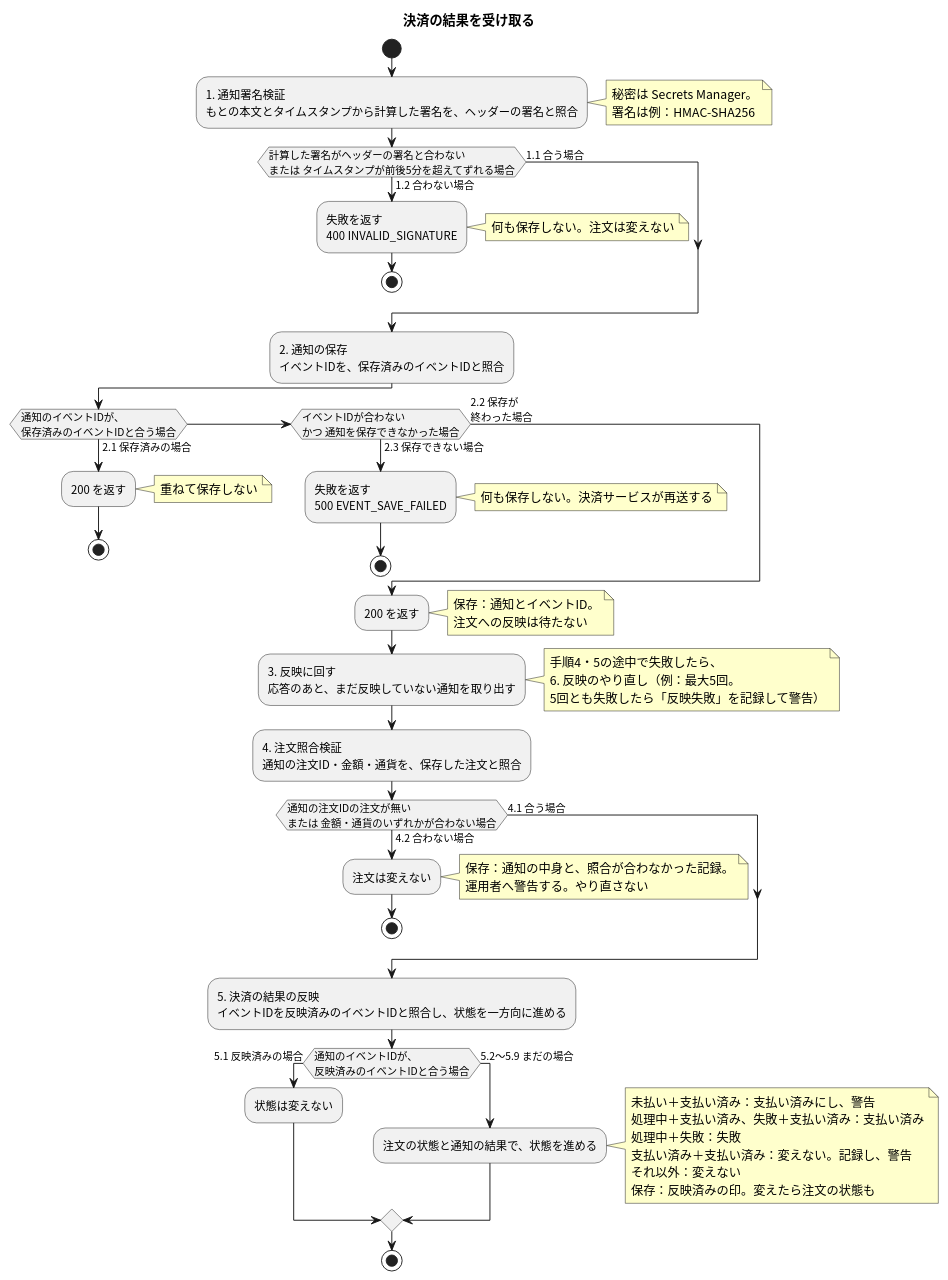
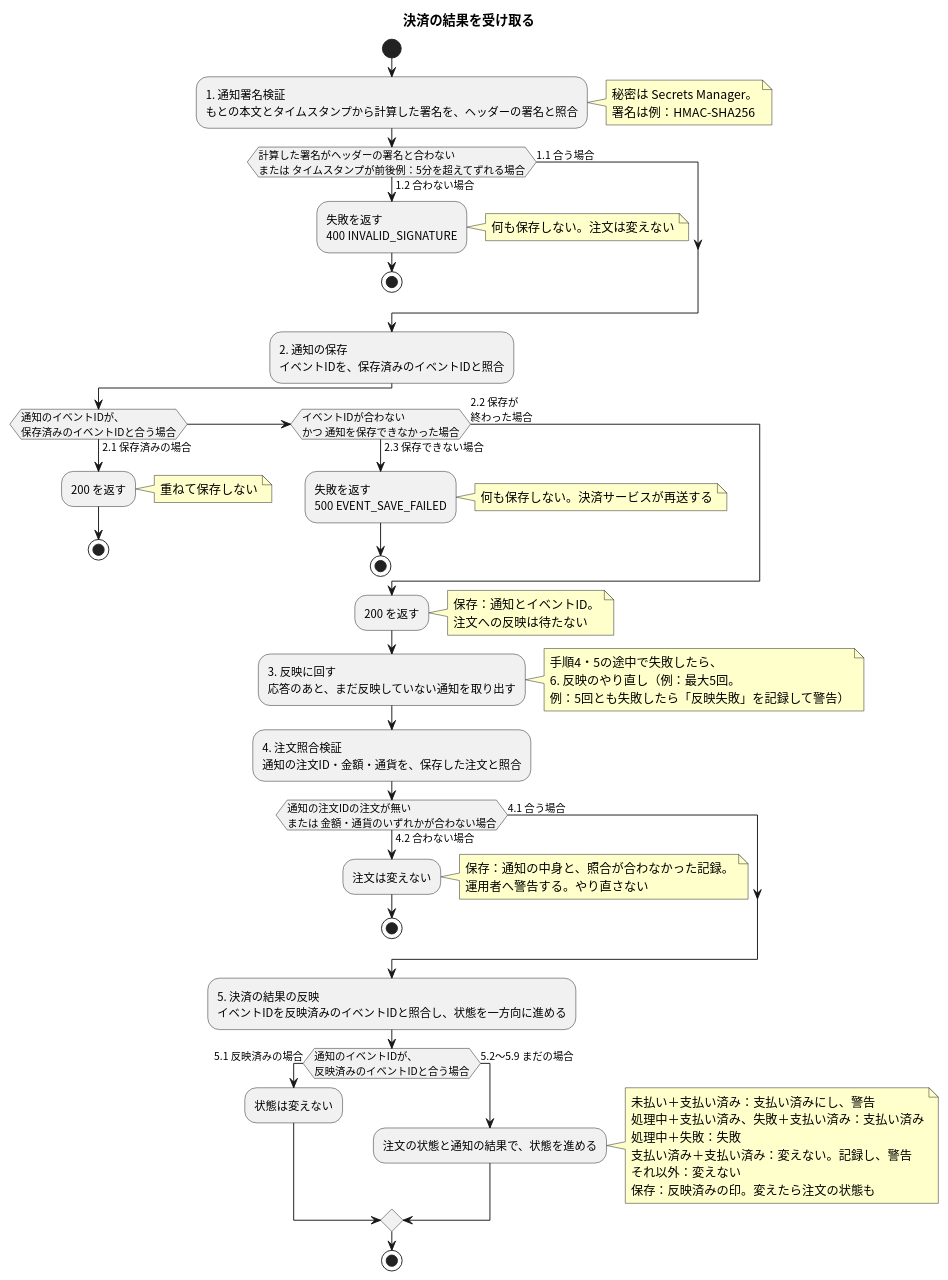
One commit to masamasamasato/design-doc-template changed the diagram in apis/payment-webhook/flow.puml. Above: the diagram before and after it, drawn with PlantUML. The commit also changed 17 other files, not shown here.

```diff
--- a/apis/payment-webhook/flow.puml
+++ b/apis/payment-webhook/flow.puml
@@ -3,55 +3,55 @@
 @startuml
 skinparam shadowing false
 skinparam defaultFontName "Noto Sans CJK JP"
 skinparam ActivityFontName "Noto Sans CJK JP"
 skinparam NoteBackgroundColor #FFFFCC
 
 title 決済の結果を受け取る
 
 start
 :1. 通知署名検証\nもとの本文とタイムスタンプから計算した署名を、ヘッダーの署名と照合;
 note right: 秘密は Secrets Manager。\n署名は例：HMAC-SHA256
-if (計算した署名がヘッダーの署名と合わない\nまたは タイムスタンプが前後5分を超えてずれる場合) then (1.2 合わない場合)
+if (計算した署名がヘッダーの署名と合わない\nまたは タイムスタンプが前後例：5分を超えてずれる場合) then (1.2 合わない場合)
   :失敗を返す\n400 INVALID_SIGNATURE;
   note right: 何も保存しない。注文は変えない
   stop
 else (1.1 合う場合)
 endif
 :2. 通知の保存\nイベントIDを、保存済みのイベントIDと照合;
 if (通知のイベントIDが、\n保存済みのイベントIDと合う場合) then (2.1 保存済みの場合)
   :200 を返す;
   note right: 重ねて保存しない
   stop
 elseif (イベントIDが合わない\nかつ 通知を保存できなかった場合) then (2.3 保存できない場合)
   :失敗を返す\n500 EVENT_SAVE_FAILED;
   note right: 何も保存しない。決済サービスが再送する
   stop
 else (2.2 保存が\n終わった場合)
 endif
 :200 を返す;
 note right: 保存：通知とイベントID。\n注文への反映は待たない
 :3. 反映に回す\n応答のあと、まだ反映していない通知を取り出す;
-note right: 手順4・5の途中で失敗したら、\n6. 反映のやり直し（例：最大5回。\n5回とも失敗したら「反映失敗」を記録して警告）
+note right: 手順4・5の途中で失敗したら、\n6. 反映のやり直し（例：最大5回。\n例：5回とも失敗したら「反映失敗」を記録して警告）
 :4. 注文照合検証\n通知の注文ID・金額・通貨を、保存した注文と照合;
 if (通知の注文IDの注文が無い\nまたは 金額・通貨のいずれかが合わない場合) then (4.2 合わない場合)
   :注文は変えない;
   note right: 保存：通知の中身と、照合が合わなかった記録。\n運用者へ警告する。やり直さない
   stop
 else (4.1 合う場合)
 endif
 :5. 決済の結果の反映\nイベントIDを反映済みのイベントIDと照合し、状態を一方向に進める;
 if (通知のイベントIDが、\n反映済みのイベントIDと合う場合) then (5.1 反映済みの場合)
   :状態は変えない;
 else (5.2〜5.9 まだの場合)
   :注文の状態と通知の結果で、状態を進める;
   note right
     未払い＋支払い済み：支払い済みにし、警告
     処理中＋支払い済み、失敗＋支払い済み：支払い済み
     処理中＋失敗：失敗
     支払い済み＋支払い済み：変えない。記録し、警告
     それ以外：変えない
     保存：反映済みの印。変えたら注文の状態も
   end note
 endif
 stop
 @enduml
```
